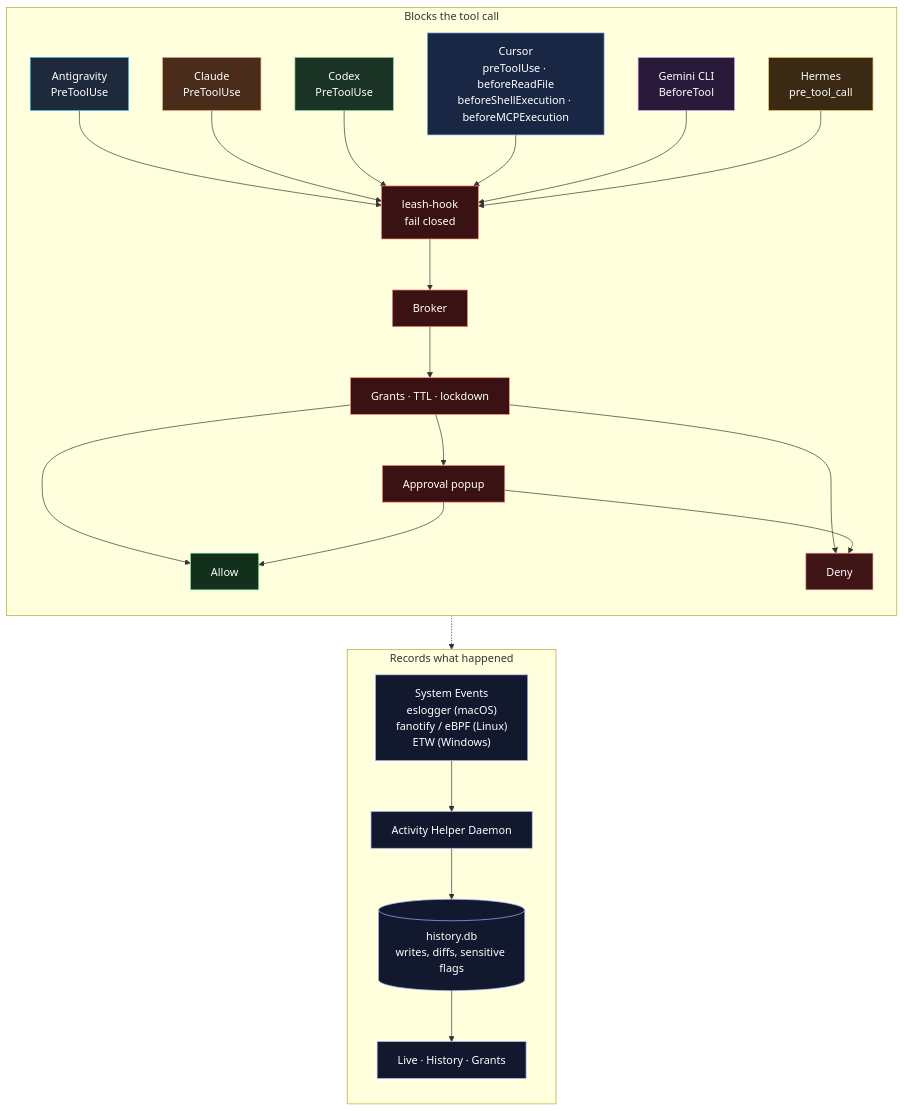
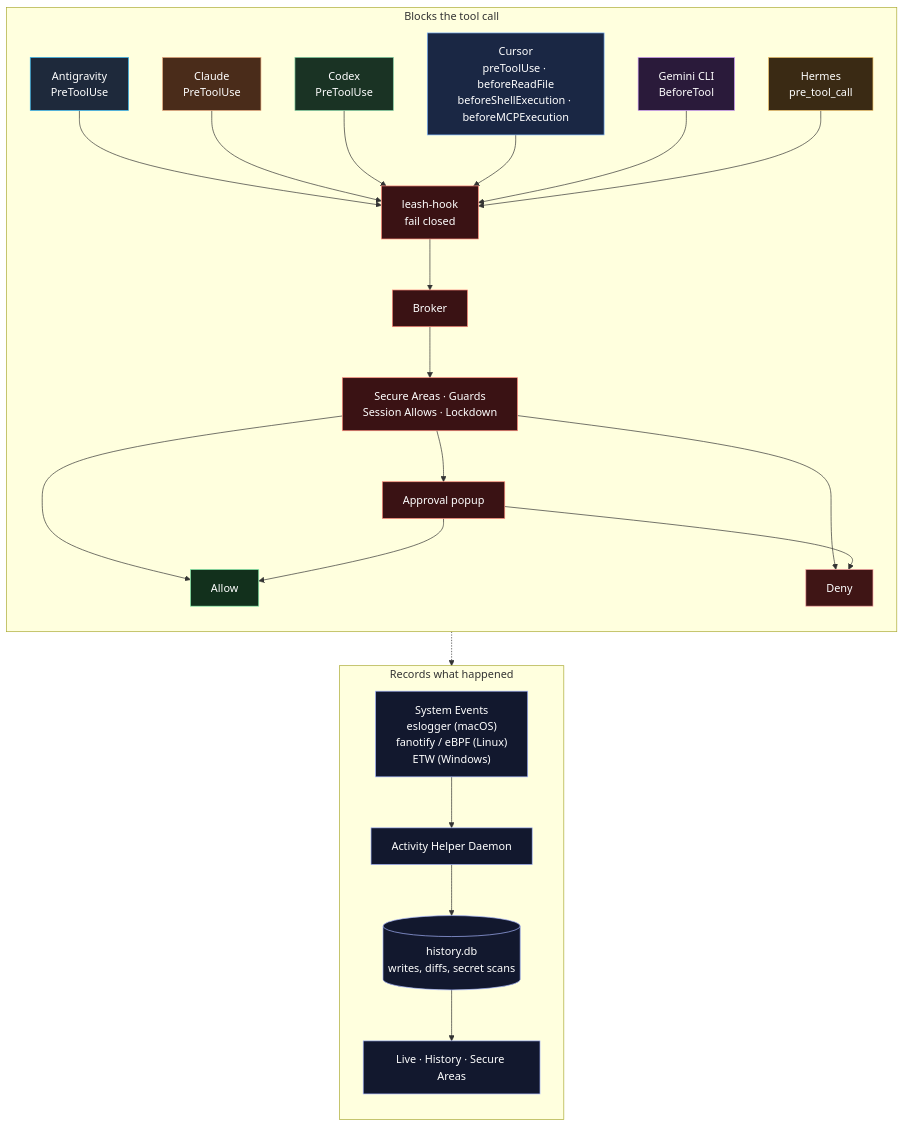
The diagram in README.md (velusgautam/agentic-leash), drawn with Mermaid before and after one commit. The commit also changed other lines of this file and 38 other files, not shown here.

Commit message:
feat(v0.9): add Secure Areas engine & UI, history noise reduction, and per-agent capability filters

````diff
--- a/README.md
+++ b/README.md
@@ -118,62 +126,62 @@
 ```mermaid
 flowchart TB
   subgraph gate ["Blocks the tool call"]
     direction TB
     antigravity["Antigravity<br>PreToolUse"]
     claude["Claude<br>PreToolUse"]
     codex["Codex<br>PreToolUse"]
     cursor["Cursor<br>preToolUse · beforeReadFile<br>beforeShellExecution · beforeMCPExecution"]
     gemini["Gemini CLI<br>BeforeTool"]
     hermes["Hermes<br>pre_tool_call"]
     hook["leash-hook<br>fail closed"]
     broker["Broker"]
-    rules["Grants · TTL · lockdown"]
+    rules["Secure Areas · Guards<br>Session Allows · Lockdown"]
     popup["Approval popup"]
     allow["Allow"]
     deny["Deny"]
     antigravity --> hook
     claude --> hook
     codex --> hook
     cursor --> hook
     gemini --> hook
     hermes --> hook
     hook --> broker --> rules
     rules --> allow
     rules --> deny
     rules --> popup
     popup --> allow
     popup --> deny
   end
 
   subgraph record ["Records what happened"]
     direction TB
     es["System Events<br>eslogger (macOS)<br>fanotify / eBPF (Linux)<br>ETW (Windows)"]
     helper["Activity Helper Daemon"]
-    db[("history.db<br>writes, diffs, sensitive flags")]
-    ui["Live · History · Grants"]
+    db[("history.db<br>writes, diffs, secret scans")]
+    ui["Live · History · Secure Areas"]
     es --> helper --> db --> ui
   end
 
   rules -.-> ui
 
   classDef antigravity fill:#1e293b,stroke:#38bdf8,color:#fff
   classDef claude fill:#4a2c1a,stroke:#e8a87c,color:#fff
   classDef cursor fill:#1a2744,stroke:#7eb6ff,color:#fff
   classDef codex fill:#1a3324,stroke:#7dcea0,color:#fff
   classDef gemini fill:#2a1a3a,stroke:#d7a3ff,color:#fff
   classDef hermes fill:#3a2a14,stroke:#f0c36a,color:#fff
   classDef core fill:#3a1214,stroke:#ff8a7a,color:#fff
   classDef ok fill:#12301c,stroke:#86efac,color:#fff
   classDef no fill:#3f1515,stroke:#fca5a5,color:#fff
   classDef watch fill:#12182e,stroke:#a5b4fc,color:#fff
   class antigravity antigravity
   class claude claude
   class cursor cursor
   class codex codex
   class gemini gemini
   class hermes hermes
   class hook,broker,rules,popup core
   class allow ok
   class deny no
   class es,helper,db,ui watch
 ```
````
